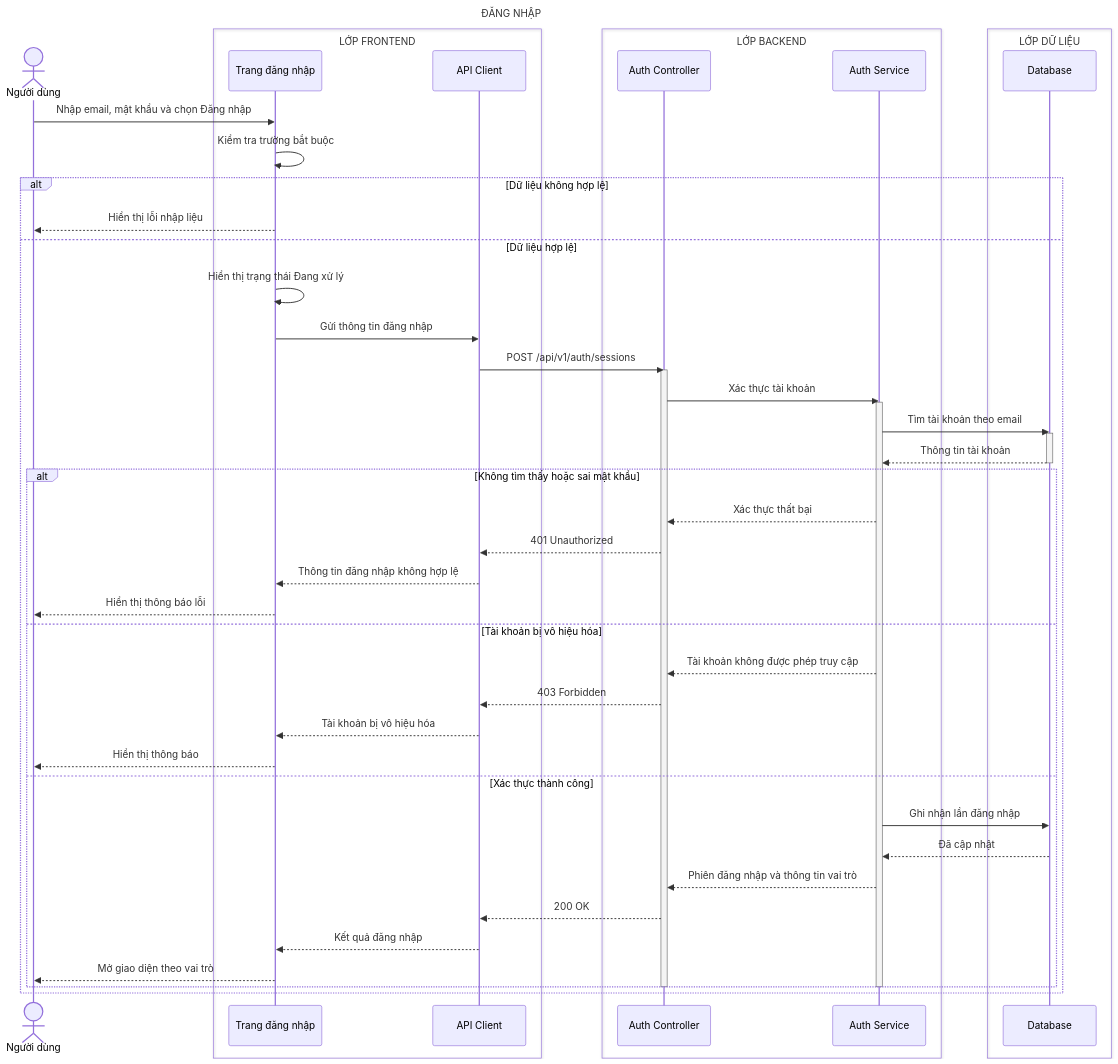
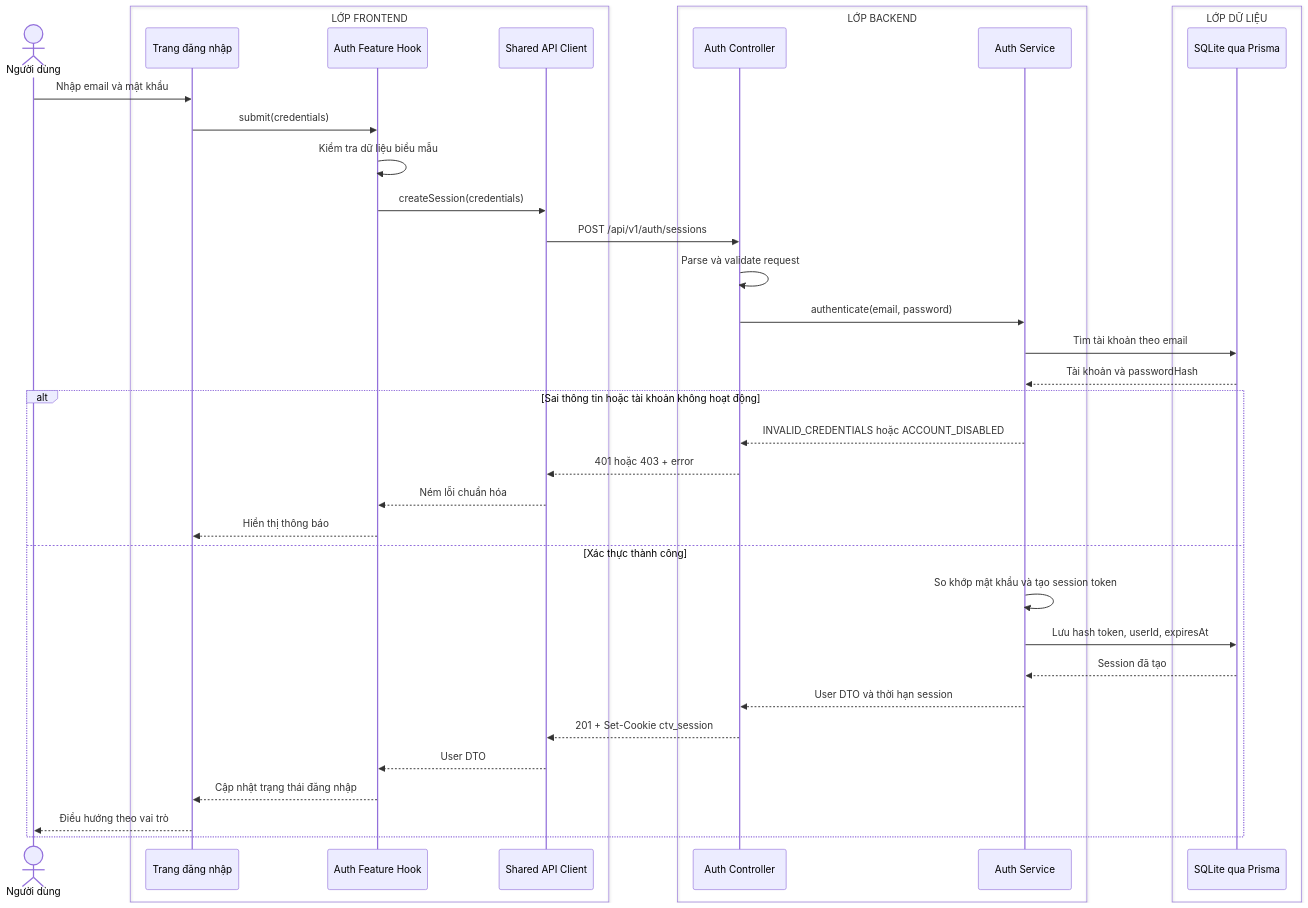
One commit to MINHDZVODICH/ctv-manage changed the diagram in docs/sequence-diagrams/01-dang-nhap.md. Above: the diagram before and after it, drawn with Mermaid. The commit also changed other lines of this file and 19 other files, not shown here.

Commit message:
docs: align API architecture and prototype flows

````diff
--- a/docs/sequence-diagrams/01-dang-nhap.md
+++ b/docs/sequence-diagrams/01-dang-nhap.md
@@ -3,60 +5,42 @@
 ```mermaid
 sequenceDiagram
-    title ĐĂNG NHẬP
-
     actor U as Người dùng
-
     box LỚP FRONTEND
         participant UI as Trang đăng nhập
-        participant API as API Client
+        participant H as Auth Feature Hook
+        participant API as Shared API Client
     end
-
     box LỚP BACKEND
         participant C as Auth Controller
         participant S as Auth Service
     end
-
     box LỚP DỮ LIỆU
-        participant DB as Database
+        participant DB as SQLite qua Prisma
     end
 
-    U->>UI: Nhập email, mật khẩu và chọn Đăng nhập
-    UI->>UI: Kiểm tra trường bắt buộc
+    U->>UI: Nhập email và mật khẩu
+    UI->>H: submit(credentials)
+    H->>H: Kiểm tra dữ liệu biểu mẫu
+    H->>API: createSession(credentials)
+    API->>C: POST /api/v1/auth/sessions
+    C->>C: Parse và validate request
+    C->>S: authenticate(email, password)
+    S->>DB: Tìm tài khoản theo email
+    DB-->>S: Tài khoản và passwordHash
 
-    alt Dữ liệu không hợp lệ
-        UI-->>U: Hiển thị lỗi nhập liệu
-    else Dữ liệu hợp lệ
-        UI->>UI: Hiển thị trạng thái Đang xử lý
-        UI->>API: Gửi thông tin đăng nhập
-        API->>C: POST /api/v1/auth/sessions
-        activate C
-        C->>S: Xác thực tài khoản
-        activate S
-        S->>DB: Tìm tài khoản theo email
-        activate DB
-        DB-->>S: Thông tin tài khoản
-        deactivate DB
-
-        alt Không tìm thấy hoặc sai mật khẩu
-            S-->>C: Xác thực thất bại
-            C-->>API: 401 Unauthorized
-            API-->>UI: Thông tin đăng nhập không hợp lệ
-            UI-->>U: Hiển thị thông báo lỗi
-        else Tài khoản bị vô hiệu hóa
-            S-->>C: Tài khoản không được phép truy cập
-            C-->>API: 403 Forbidden
-            API-->>UI: Tài khoản bị vô hiệu hóa
-            UI-->>U: Hiển thị thông báo
-        else Xác thực thành công
-            S->>DB: Ghi nhận lần đăng nhập
-            DB-->>S: Đã cập nhật
-            S-->>C: Phiên đăng nhập và thông tin vai trò
-            C-->>API: 200 OK
-            API-->>UI: Kết quả đăng nhập
-            UI-->>U: Mở giao diện theo vai trò
-        end
-
-        deactivate S
-        deactivate C
+    alt Sai thông tin hoặc tài khoản không hoạt động
+        S-->>C: INVALID_CREDENTIALS hoặc ACCOUNT_DISABLED
+        C-->>API: 401 hoặc 403 + error
+        API-->>H: Ném lỗi chuẩn hóa
+        H-->>UI: Hiển thị thông báo
+    else Xác thực thành công
+        S->>S: So khớp mật khẩu và tạo session token
+        S->>DB: Lưu hash token, userId, expiresAt
+        DB-->>S: Session đã tạo
+        S-->>C: User DTO và thời hạn session
+        C-->>API: 201 + Set-Cookie ctv_session
+        API-->>H: User DTO
+        H-->>UI: Cập nhật trạng thái đăng nhập
+        UI-->>U: Điều hướng theo vai trò
     end
 ```
````
